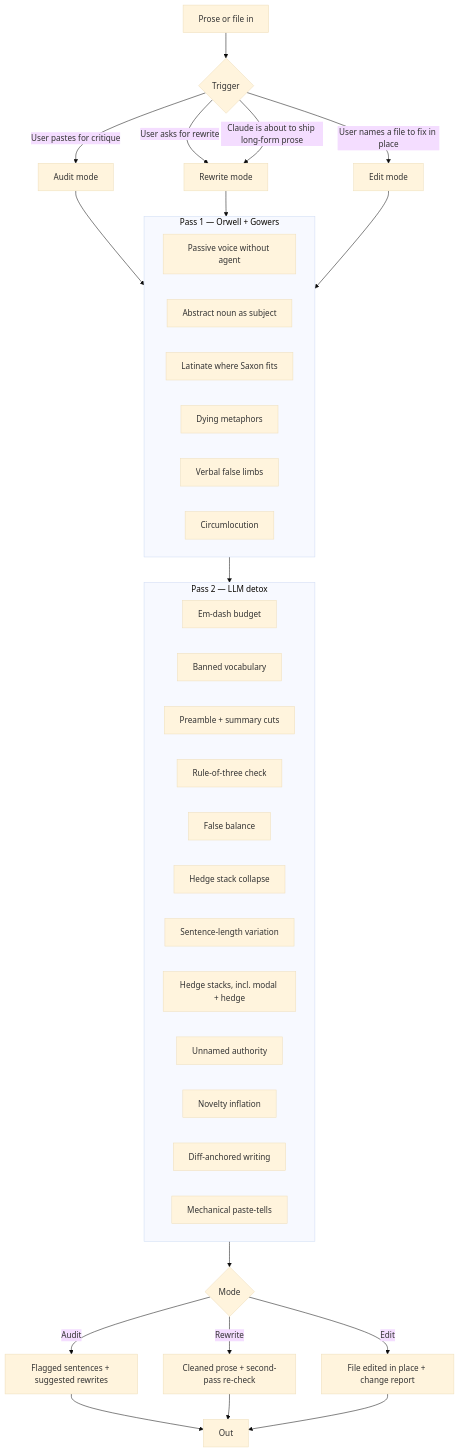
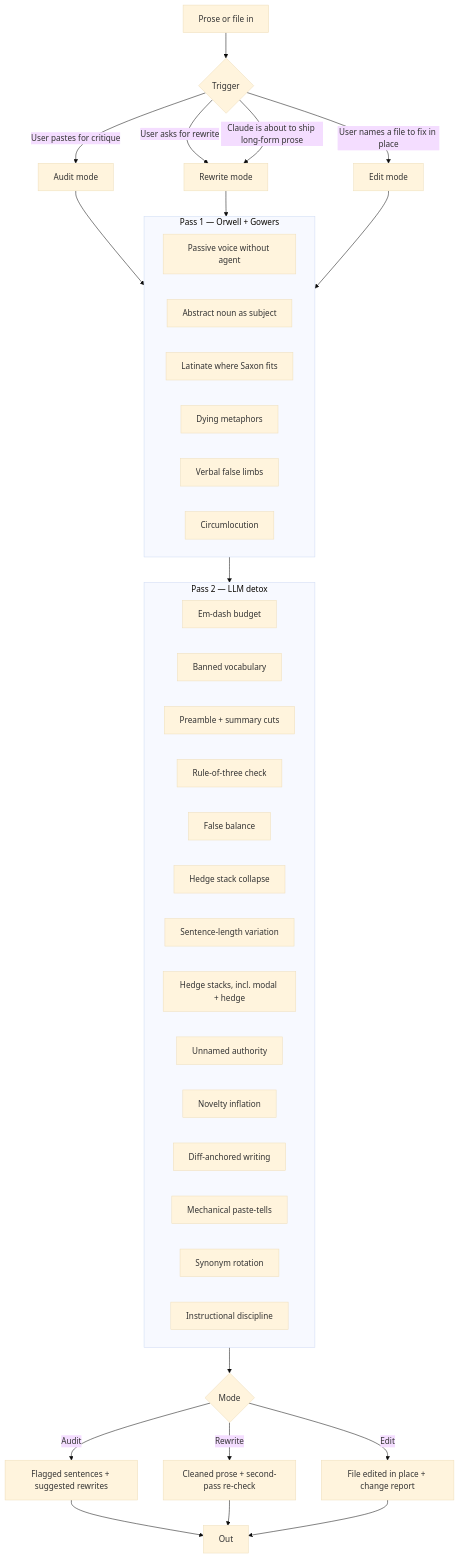
Before and after one commit to b1rdmania/claude-plain-english-skill: the diagram in README.md, drawn with Mermaid (base theme). The commit also changed other lines of this file and 1 other file, not shown here.

Commit message:
Absorb STE-derived rules: synonym rotation, instructional discipline; add routing note for technical docs

````diff
--- a/README.md
+++ b/README.md
@@ -59,47 +61,49 @@
 ```mermaid
 flowchart TD
     A[Prose or file in] --> B{Trigger}
     B -->|User pastes for critique| C[Audit mode]
     B -->|User asks for rewrite| D[Rewrite mode]
     B -->|Claude is about to ship long-form prose| D
     B -->|User names a file to fix in place| K[Edit mode]
 
     C --> P1
     D --> P1
     K --> P1
 
     subgraph P1[Pass 1 — Orwell + Gowers]
         E1[Passive voice without agent]
         E2[Abstract noun as subject]
         E3[Latinate where Saxon fits]
         E4[Dying metaphors]
         E5[Verbal false limbs]
         E6[Circumlocution]
     end
 
     P1 --> P2
 
     subgraph P2[Pass 2 — LLM detox]
         F1[Em-dash budget]
         F2[Banned vocabulary]
         F3[Preamble + summary cuts]
         F4[Rule-of-three check]
         F5[False balance]
         F6[Hedge stack collapse]
         F7[Sentence-length variation]
         F8[Hedge stacks, incl. modal + hedge]
         F9[Unnamed authority]
         F10[Novelty inflation]
         F11[Diff-anchored writing]
         F12[Mechanical paste-tells]
+        F13[Synonym rotation]
+        F14[Instructional discipline]
     end
 
     P2 --> G{Mode}
     G -->|Audit| H[Flagged sentences + suggested rewrites]
     G -->|Rewrite| I[Cleaned prose + second-pass re-check]
     G -->|Edit| J[File edited in place + change report]
 
     H --> Z[Out]
     I --> Z
     J --> Z
 ```
````
